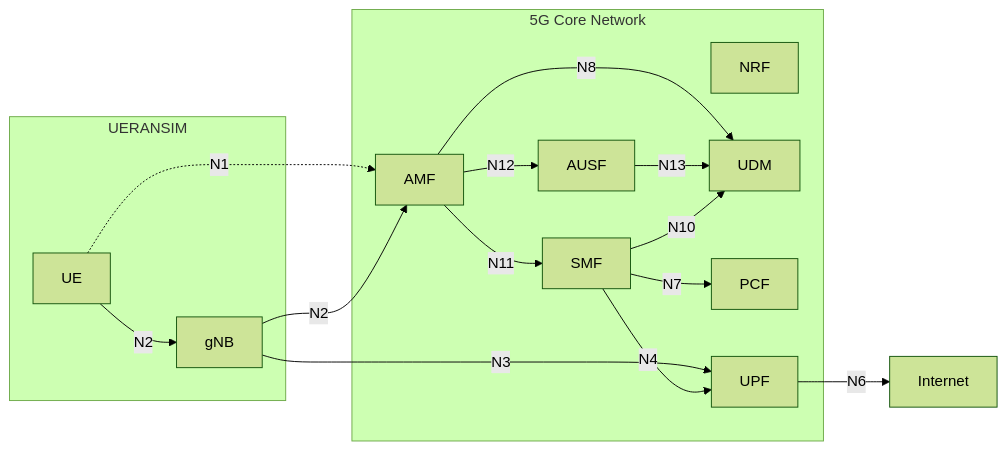
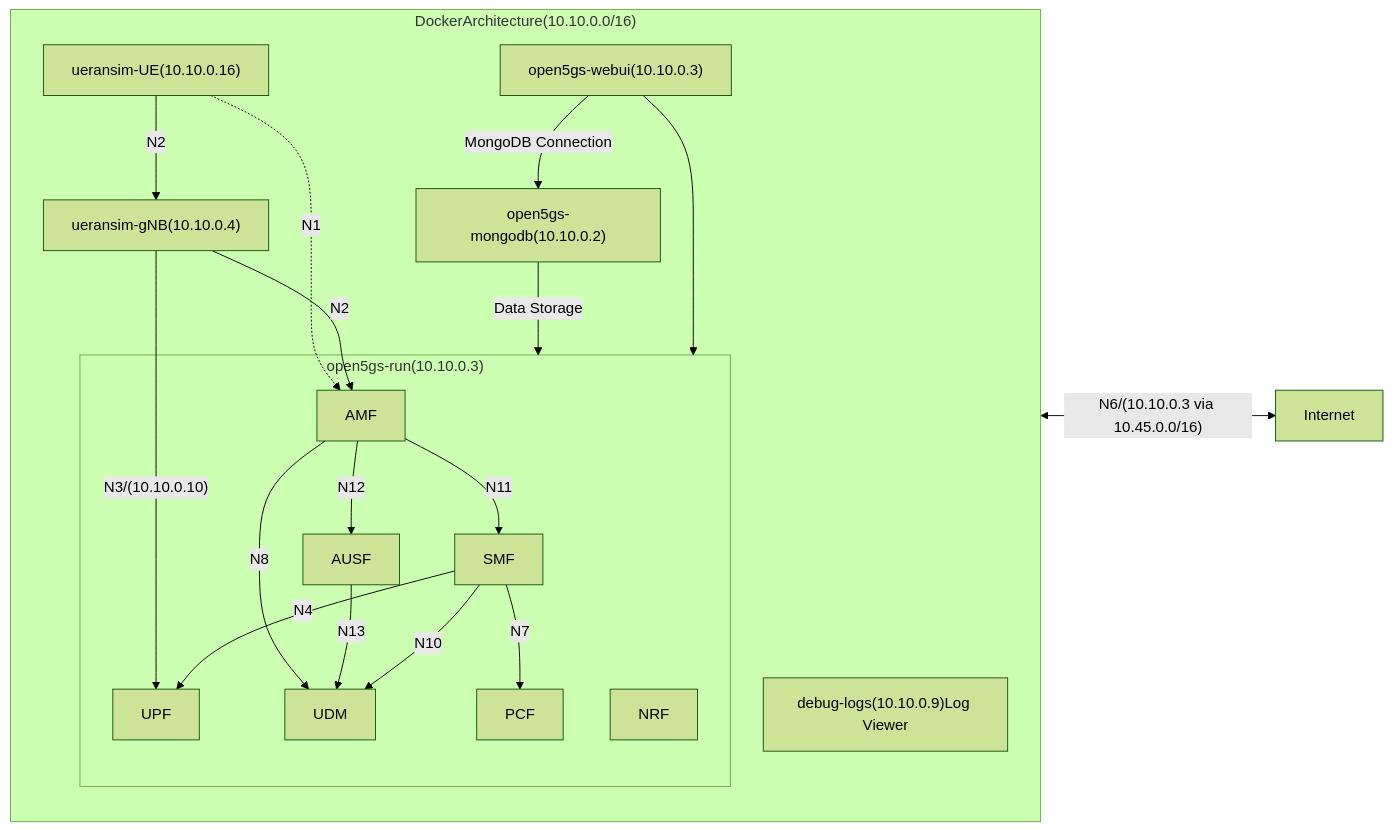
Before and after one commit to wenkey-gm/quicup-evaluation: the diagram in docs/mermaid/basic_topology_structure.mmd, drawn with Mermaid (forest theme). The commit also changed 4 other files, not shown here.

```diff
--- a/docs/mermaid/basic_topology_structure.mmd
+++ b/docs/mermaid/basic_topology_structure.mmd
@@ -1,33 +1,49 @@
 flowchart LR
 
-    subgraph 5GCoreNetwork["5G Core Network"]
-        AMF[AMF]
-        SMF[SMF]
-        NRF[NRF]
-        AUSF[AUSF]
-        UDM[UDM]
-        PCF[PCF]
-        UPF[UPF]
-    end
+    subgraph DockerArchitecture["DockerArchitecture(10.10.0.0/16)"]
+        direction TB
 
+    
+        WebUIApp["open5gs-webui(10.10.0.3)"]
 
-    subgraph UERANSIM["UERANSIM"]
-        gNB[gNB]
-        UE[UE]
+        MongoDB["open5gs-mongodb(10.10.0.2)"]
+
+        DozzleApp["debug-logs(10.10.0.9)Log Viewer"]
+
+        
+        subgraph 5GCoreNetwork["open5gs-run(10.10.0.3)"]
+            AMF[AMF]
+            SMF[SMF]
+            NRF[NRF]
+            AUSF[AUSF]
+            UDM[UDM]
+            PCF[PCF]
+            UPF[UPF]
+        end
+        
+        UE["ueransim-UE(10.10.0.16)"]
+        gNB["ueransim-gNB(10.10.0.4)"]
+        
     end
 
     Server[Internet]
 
+
+
     UE -.->|N1| AMF
     UE -->|N2| gNB
-    gNB -->|N3| UPF
+    gNB -->|"N3/(10.10.0.10)"| UPF
     gNB -->|N2| AMF
     SMF -->|N4| UPF
     AMF -->|N8| UDM
     AMF -->|N12| AUSF
     AUSF -->|N13| UDM
     AMF -->|N11| SMF
     SMF -->|N7| PCF
     SMF -->|N10| UDM
 
-    UPF -->|N6| Server
+    WebUIApp -->|MongoDB Connection| MongoDB
+    MongoDB -->|Data Storage| 5GCoreNetwork
+    WebUIApp --> 5GCoreNetwork
+
+    UPF <-->|"N6/(10.10.0.3 via 10.45.0.0/16)"| Server
```
